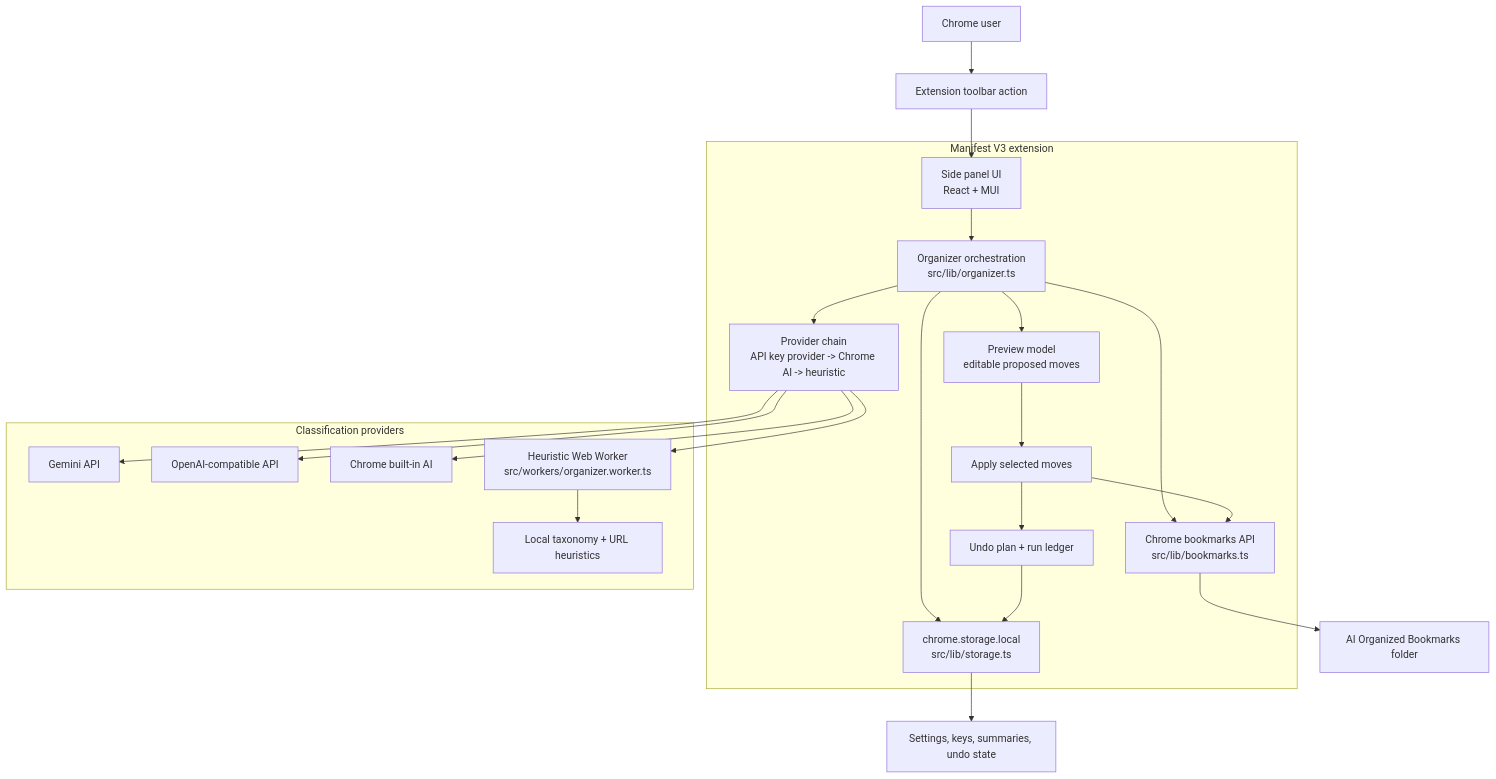
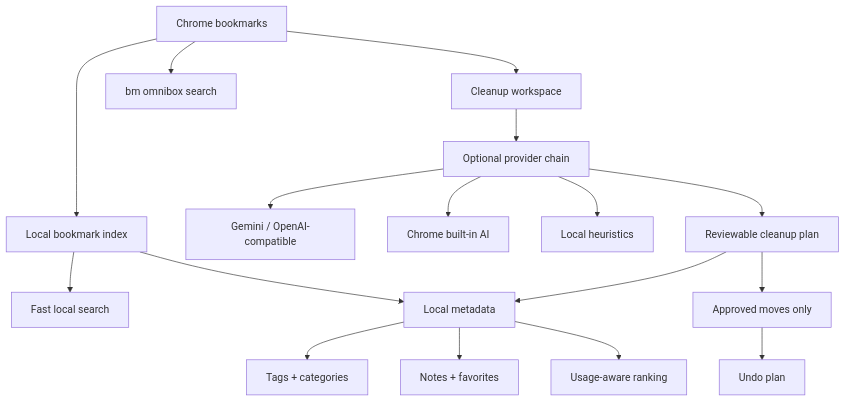
The diagram in README.md (nothing-all-glitch/Ai-Bookmark-Sorter), drawn with Mermaid before and after one commit. The commit also changed other lines of this file, not shown here.

````diff
--- a/README.md
+++ b/README.md
@@ -124,28 +102,23 @@
 ```mermaid
 flowchart TD
-  User["Chrome user"] --> Action["Extension toolbar action"]
-  Action --> SidePanel["Side panel UI<br/>React + MUI"]
+  Chrome["Chrome bookmarks"] --> Index["Local bookmark index"]
+  Index --> Search["Fast local search"]
+  Index --> Metadata["Local metadata"]
 
-  subgraph Extension["Manifest V3 extension"]
-    SidePanel --> Organizer["Organizer orchestration<br/>src/lib/organizer.ts"]
-    Organizer --> BookmarkApi["Chrome bookmarks API<br/>src/lib/bookmarks.ts"]
-    Organizer --> Storage["chrome.storage.local<br/>src/lib/storage.ts"]
-    Organizer --> Providers["Provider chain<br/>API key provider -> Chrome AI -> heuristic"]
-    Organizer --> Preview["Preview model<br/>editable proposed moves"]
-    Preview --> Apply["Apply selected moves"]
-    Apply --> BookmarkApi
-    Apply --> Undo["Undo plan + run ledger"]
-    Undo --> Storage
-  end
+  Metadata --> Tags["Tags + categories"]
+  Metadata --> Notes["Notes + favorites"]
+  Metadata --> Ranking["Usage-aware ranking"]
 
-  subgraph ProvidersGroup["Classification providers"]
-    Providers --> Gemini["Gemini API"]
-    Providers --> OpenAI["OpenAI-compatible API"]
-    Providers --> ChromeAI["Chrome built-in AI"]
-    Providers --> Worker["Heuristic Web Worker<br/>src/workers/organizer.worker.ts"]
-    Worker --> Rules["Local taxonomy + URL heuristics"]
-  end
+  Chrome --> Cleanup["Cleanup workspace"]
+  Cleanup --> Providers["Optional provider chain"]
+  Providers --> API["Gemini / OpenAI-compatible"]
+  Providers --> ChromeAI["Chrome built-in AI"]
+  Providers --> Local["Local heuristics"]
 
-  BookmarkApi --> ManagedFolder["AI Organized Bookmarks folder"]
-  Storage --> Settings["Settings, keys, summaries, undo state"]
+  Providers --> Preview["Reviewable cleanup plan"]
+  Preview --> Metadata
+  Preview --> Apply["Approved moves only"]
+  Apply --> Undo["Undo plan"]
+
+  Chrome --> Omnibox["bm omnibox search"]
 ```
````
